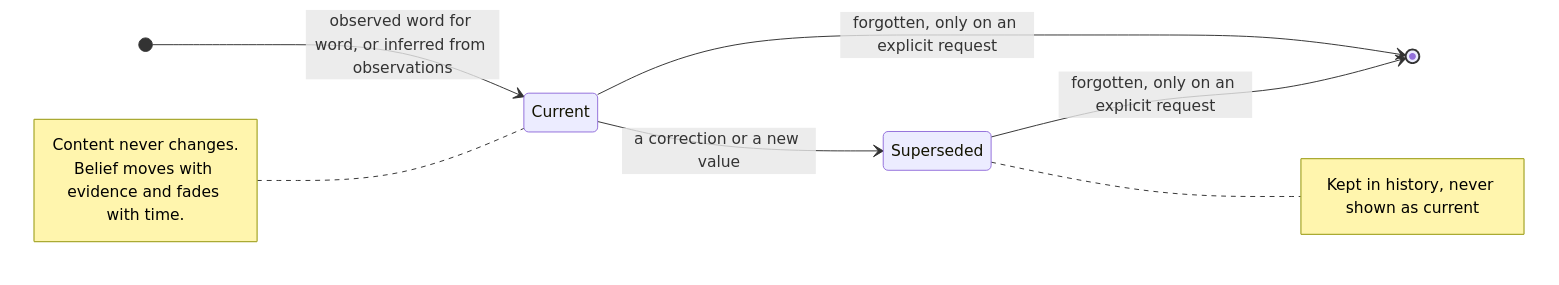
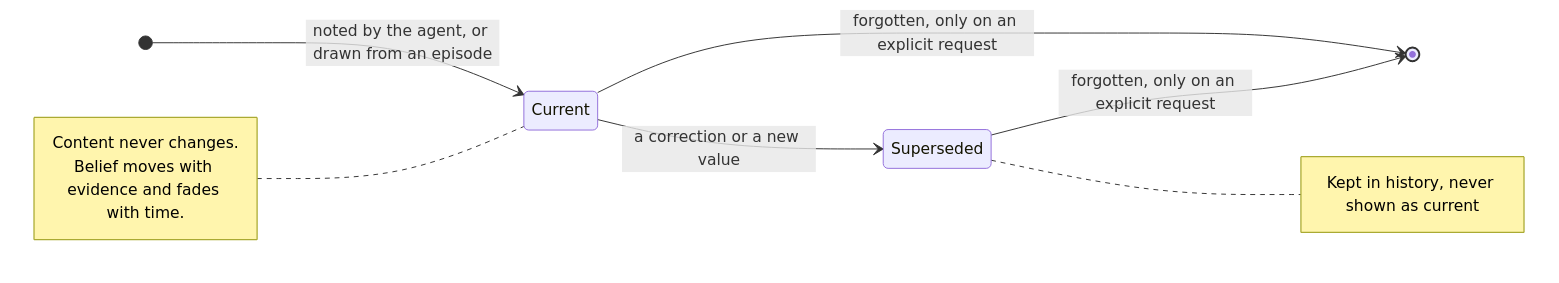
Before and after one commit to willregelmann/tapestry: the diagram in docs/primitives/MEMORY.md, drawn with Mermaid. The commit also changed other lines of this file and 11 other files, not shown here.

````diff
--- a/docs/primitives/MEMORY.md
+++ b/docs/primitives/MEMORY.md
@@ -9,15 +9,15 @@
 ```mermaid
 stateDiagram-v2
     direction LR
-    [*] --> Current : observed word for word, or inferred from observations
+    [*] --> Current : noted by the agent, or drawn from an episode
     Current --> Superseded : a correction or a new value
     Current --> [*] : forgotten, only on an explicit request
     Superseded --> [*] : forgotten, only on an explicit request
     note left of Current
         Content never changes.
         Belief moves with evidence and fades with time.
     end note
     note right of Superseded
         Kept in history, never shown as current
     end note
 ```
````
